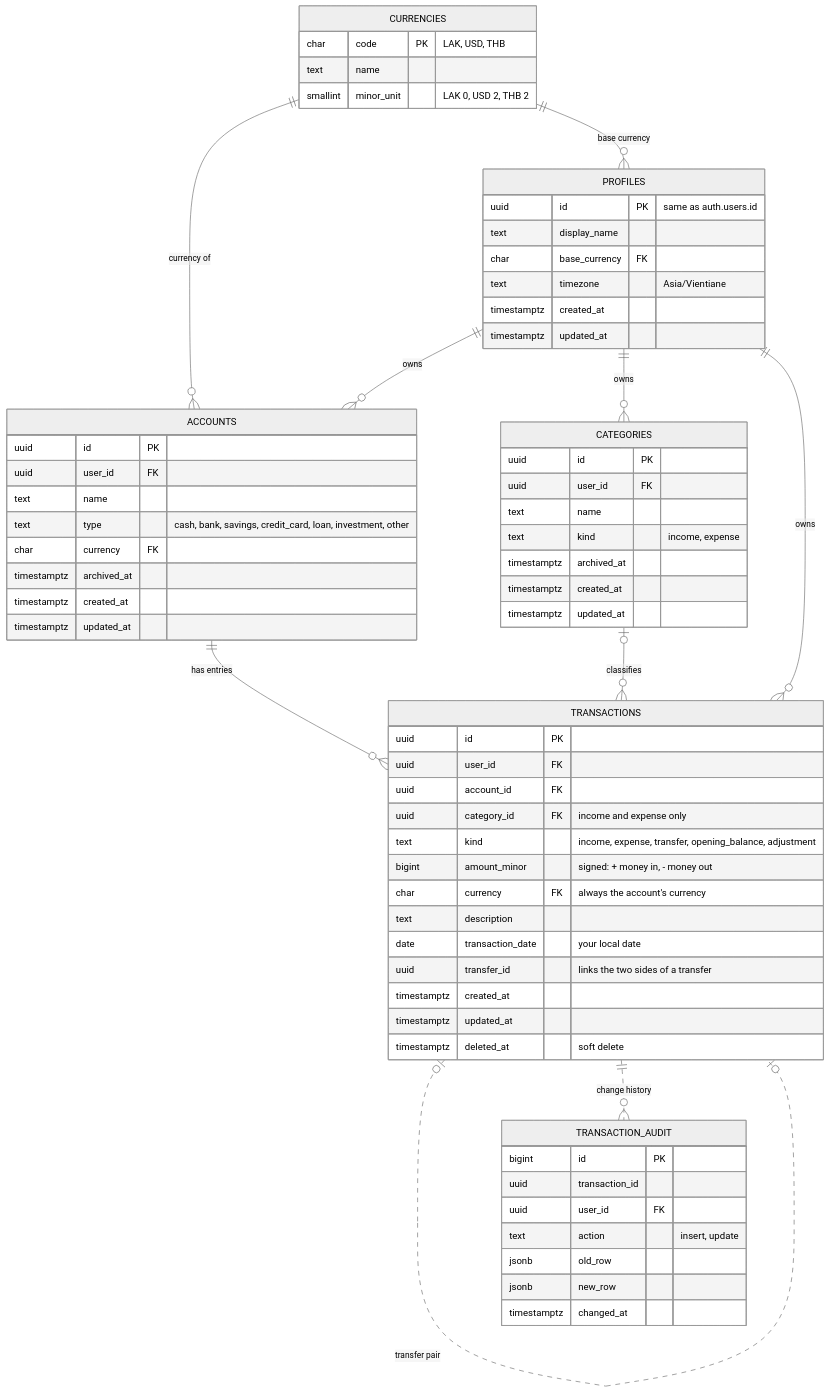
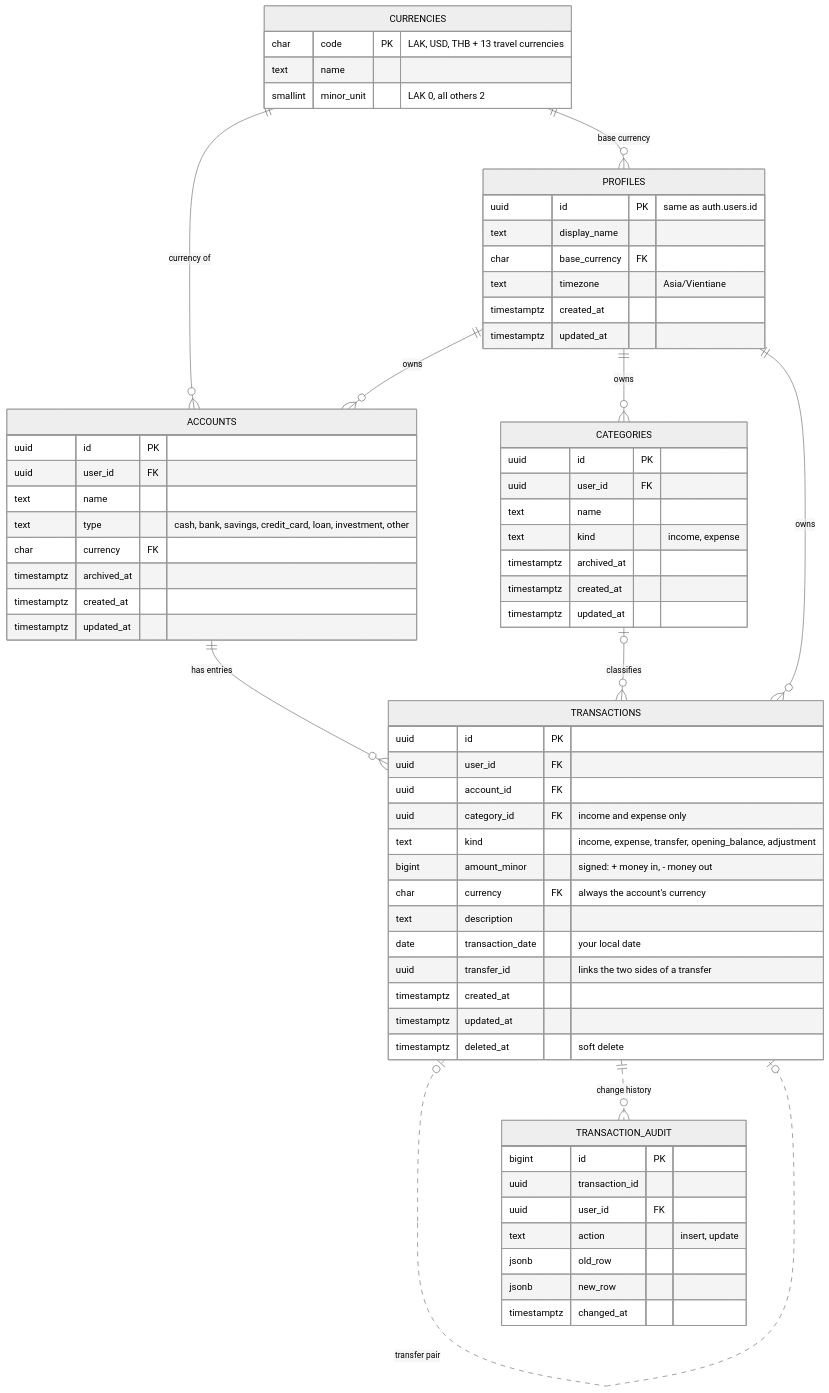
Before and after one commit to SSS-808/PWA-finance: the diagram in docs/database.md, drawn with Mermaid (neutral theme). The commit also changed other lines of this file and 19 other files, not shown here.

Commit message:
Feat: add 13 travel currencies with 2 decimals, Home keeps kip, dollar and baht (#48)

````diff
--- a/docs/database.md
+++ b/docs/database.md
@@ -9,69 +9,69 @@
 ```mermaid
 erDiagram
   CURRENCIES ||--o{ ACCOUNTS : "currency of"
   CURRENCIES ||--o{ PROFILES : "base currency"
   PROFILES ||--o{ ACCOUNTS : owns
   PROFILES ||--o{ CATEGORIES : owns
   PROFILES ||--o{ TRANSACTIONS : owns
   ACCOUNTS ||--o{ TRANSACTIONS : "has entries"
   CATEGORIES |o--o{ TRANSACTIONS : classifies
   TRANSACTIONS |o..o| TRANSACTIONS : "transfer pair"
   TRANSACTIONS ||..o{ TRANSACTION_AUDIT : "change history"
 
   CURRENCIES {
-    char code PK "LAK, USD, THB"
+    char code PK "LAK, USD, THB + 13 travel currencies"
     text name
-    smallint minor_unit "LAK 0, USD 2, THB 2"
+    smallint minor_unit "LAK 0, all others 2"
   }
   PROFILES {
     uuid id PK "same as auth.users.id"
     text display_name
     char base_currency FK
     text timezone "Asia/Vientiane"
     timestamptz created_at
     timestamptz updated_at
   }
   ACCOUNTS {
     uuid id PK
     uuid user_id FK
     text name
     text type "cash, bank, savings, credit_card, loan, investment, other"
     char currency FK
     timestamptz archived_at
     timestamptz created_at
     timestamptz updated_at
   }
   CATEGORIES {
     uuid id PK
     uuid user_id FK
     text name
     text kind "income, expense"
     timestamptz archived_at
     timestamptz created_at
     timestamptz updated_at
   }
   TRANSACTIONS {
     uuid id PK
     uuid user_id FK
     uuid account_id FK
     uuid category_id FK "income and expense only"
     text kind "income, expense, transfer, opening_balance, adjustment"
     bigint amount_minor "signed: + money in, - money out"
     char currency FK "always the account's currency"
     text description
     date transaction_date "your local date"
     uuid transfer_id "links the two sides of a transfer"
     timestamptz created_at
     timestamptz updated_at
     timestamptz deleted_at "soft delete"
   }
   TRANSACTION_AUDIT {
     bigint id PK
     uuid transaction_id
     uuid user_id FK
     text action "insert, update"
     jsonb old_row
     jsonb new_row
     timestamptz changed_at
   }
 ```
````
